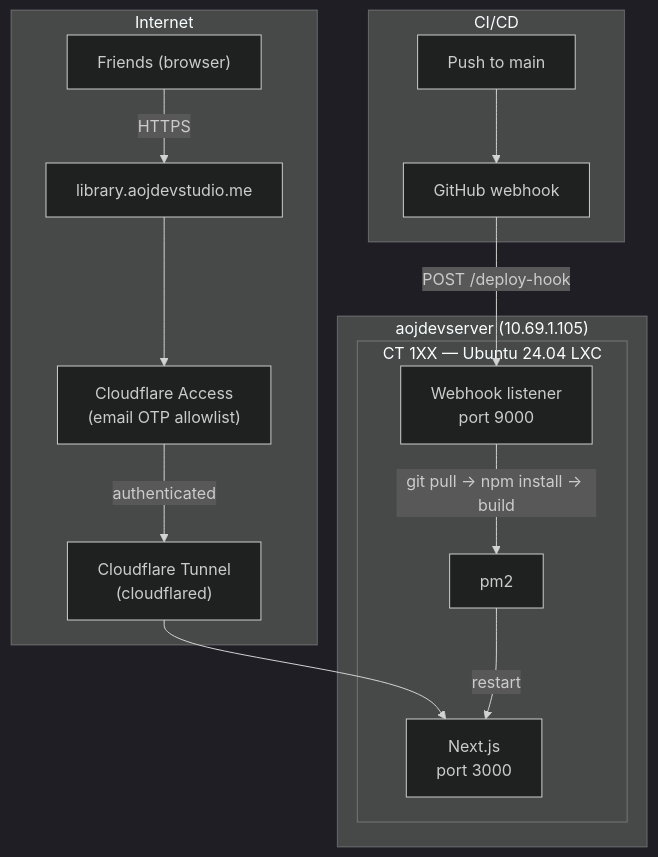
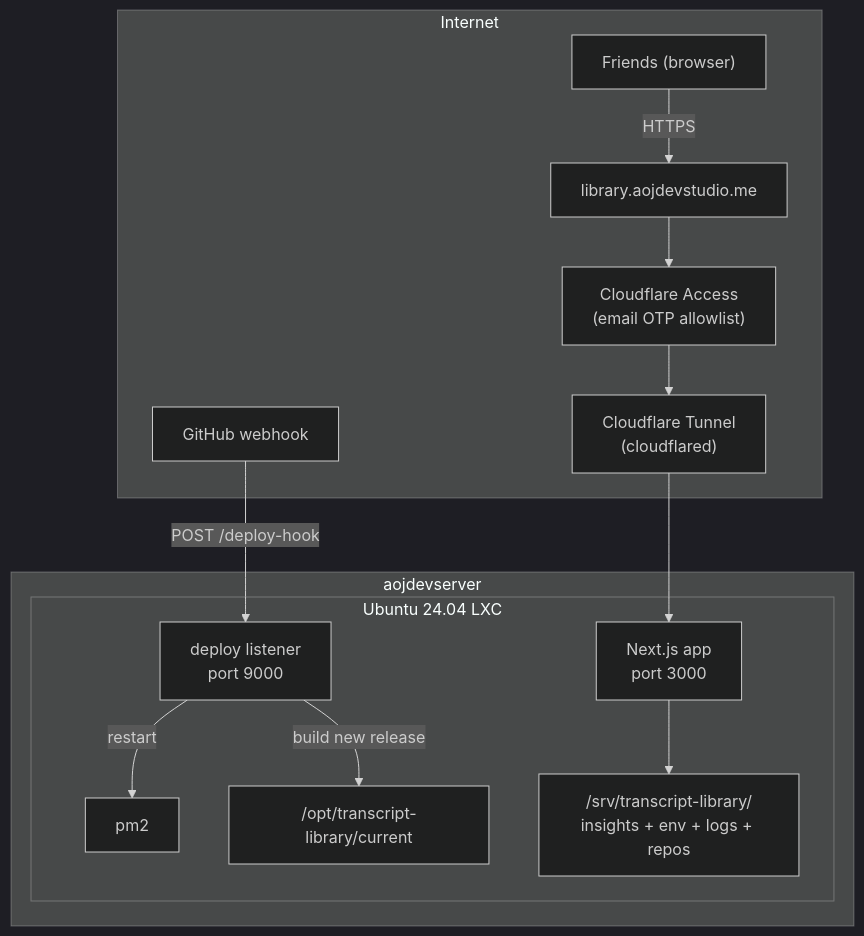
Before and after one commit to mmesomakelvin/transcript-library: the diagram in docs/plans/2026-03-09-self-hosted-proxmox-deployment.md, drawn with Mermaid (dark theme). The commit also changed other lines of this file and 3 other files, not shown here.

````diff
--- a/docs/plans/2026-03-09-self-hosted-proxmox-deployment.md
+++ b/docs/plans/2026-03-09-self-hosted-proxmox-deployment.md
@@ -13,32 +30,30 @@
 ```mermaid
 flowchart TD
     subgraph Internet
         Friends["Friends (browser)"]
         Domain["library.aojdevstudio.me"]
         CF_Access["Cloudflare Access\n(email OTP allowlist)"]
         CF_Tunnel["Cloudflare Tunnel\n(cloudflared)"]
+        GH["GitHub webhook"]
     end
 
-    subgraph aojdevserver["aojdevserver (10.69.1.105)"]
-        subgraph LXC["CT 1XX — Ubuntu 24.04 LXC"]
-            NextJS["Next.js\nport 3000"]
-            Webhook["Webhook listener\nport 9000"]
+    subgraph aojdevserver["aojdevserver"]
+        subgraph LXC["Ubuntu 24.04 LXC"]
+            App["Next.js app\nport 3000"]
+            Hook["deploy listener\nport 9000"]
             PM2["pm2"]
+            Release["/opt/transcript-library/current"]
+            Shared["/srv/transcript-library/\ninsights + env + logs + repos"]
         end
     end
 
     Friends -->|HTTPS| Domain
     Domain --> CF_Access
-    CF_Access -->|authenticated| CF_Tunnel
-    CF_Tunnel --> NextJS
+    CF_Access --> CF_Tunnel
+    CF_Tunnel --> App
 
-    subgraph CI/CD
-        Push["Push to main"]
-        GH_Webhook["GitHub webhook"]
-    end
-
-    Push --> GH_Webhook
-    GH_Webhook -->|POST /deploy-hook| Webhook
-    Webhook -->|"git pull → npm install → build"| PM2
-    PM2 -->|restart| NextJS
+    GH -->|POST /deploy-hook| Hook
+    Hook -->|build new release| Release
+    Hook -->|restart| PM2
+    App --> Shared
 ```
````
